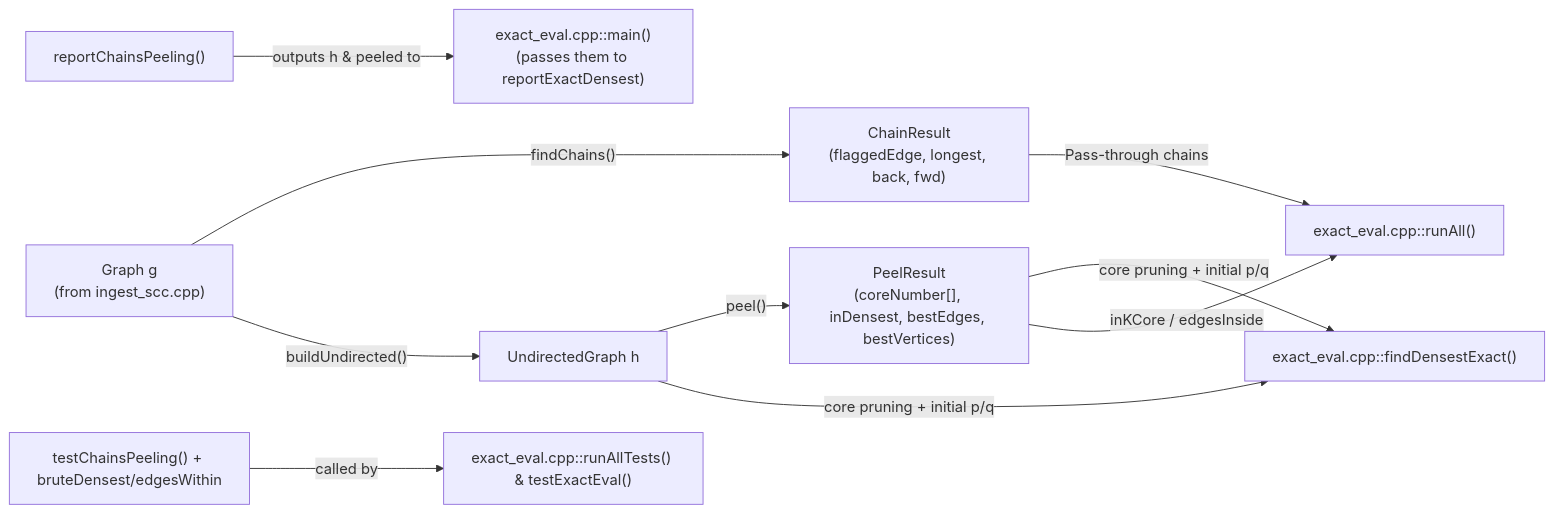
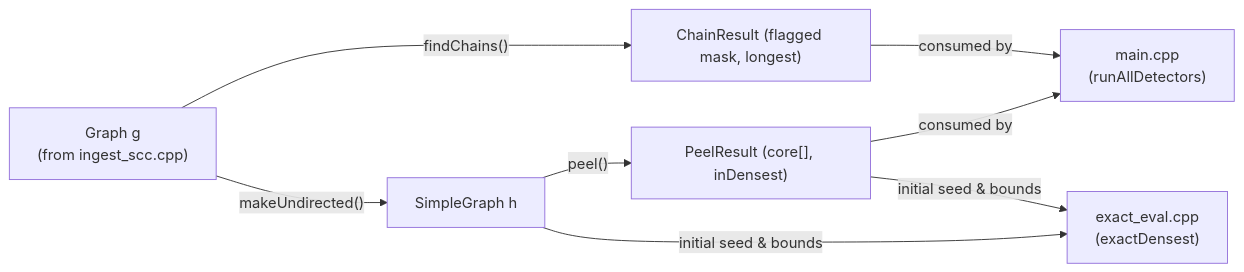
Before and after one commit to Adityaa-Saha17/money-laudering-ring-detection: the diagram in docs/chains_peeling.md, drawn with Mermaid. The commit also changed other lines of this file and 16 other files, not shown here.

````diff
--- a/docs/chains_peeling.md
+++ b/docs/chains_peeling.md
@@ -105,12 +56,9 @@
 ```mermaid
 flowchart LR
-    G["Graph g<br/>(from ingest_scc.cpp)"] -->|"findChains()"| CH["ChainResult<br/>(flaggedEdge, longest, back, fwd)"]
-    G -->|"buildUndirected()"| H["UndirectedGraph h"]
-    H -->|"peel()"| PEEL["PeelResult<br/>(coreNumber[], inDensest, bestEdges, bestVertices)"]
+    G["Graph g<br/>(from ingest_scc.cpp)"] -->|"findChains()"| CH["ChainResult (flagged mask, longest)"]
+    G -->|"makeUndirected()"| H["SimpleGraph h"]
+    H -->|"peel()"| PEEL["PeelResult (core[], inDensest)"]
 
-    CH -->|"Pass-through chains"| EE["exact_eval.cpp::runAll()"]
-    H & PEEL -->|"core pruning + initial p/q"| EXACT["exact_eval.cpp::findDensestExact()"]
-    PEEL -->|"inKCore / edgesInside"| EE
-    REP["reportChainsPeeling()"] -->|"outputs h & peeled to"| MAIN["exact_eval.cpp::main()<br/>(passes them to reportExactDensest)"]
-    TEST["testChainsPeeling() + bruteDensest/edgesWithin"] -->|"called by"| EETEST["exact_eval.cpp::runAllTests() & testExactEval()"]
+    CH & PEEL -->|"consumed by"| MAIN["main.cpp<br/>(runAllDetectors)"]
+    H & PEEL -->|"initial seed & bounds"| EXACT["exact_eval.cpp<br/>(exactDensest)"]
 ```
````
